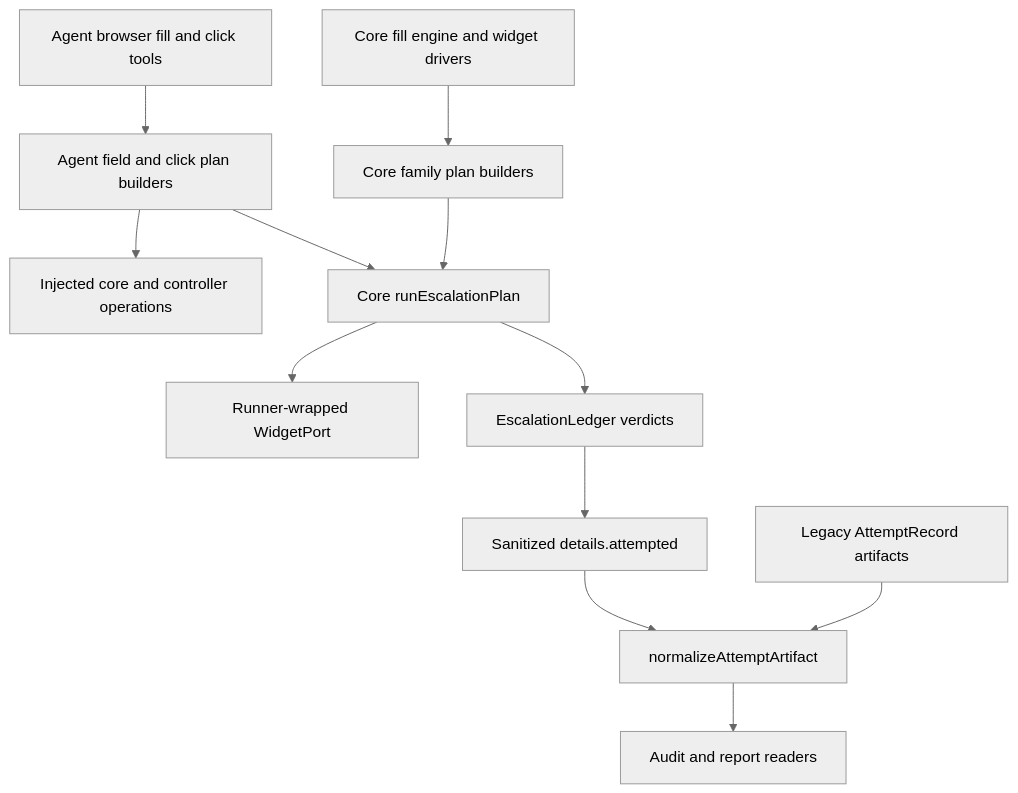
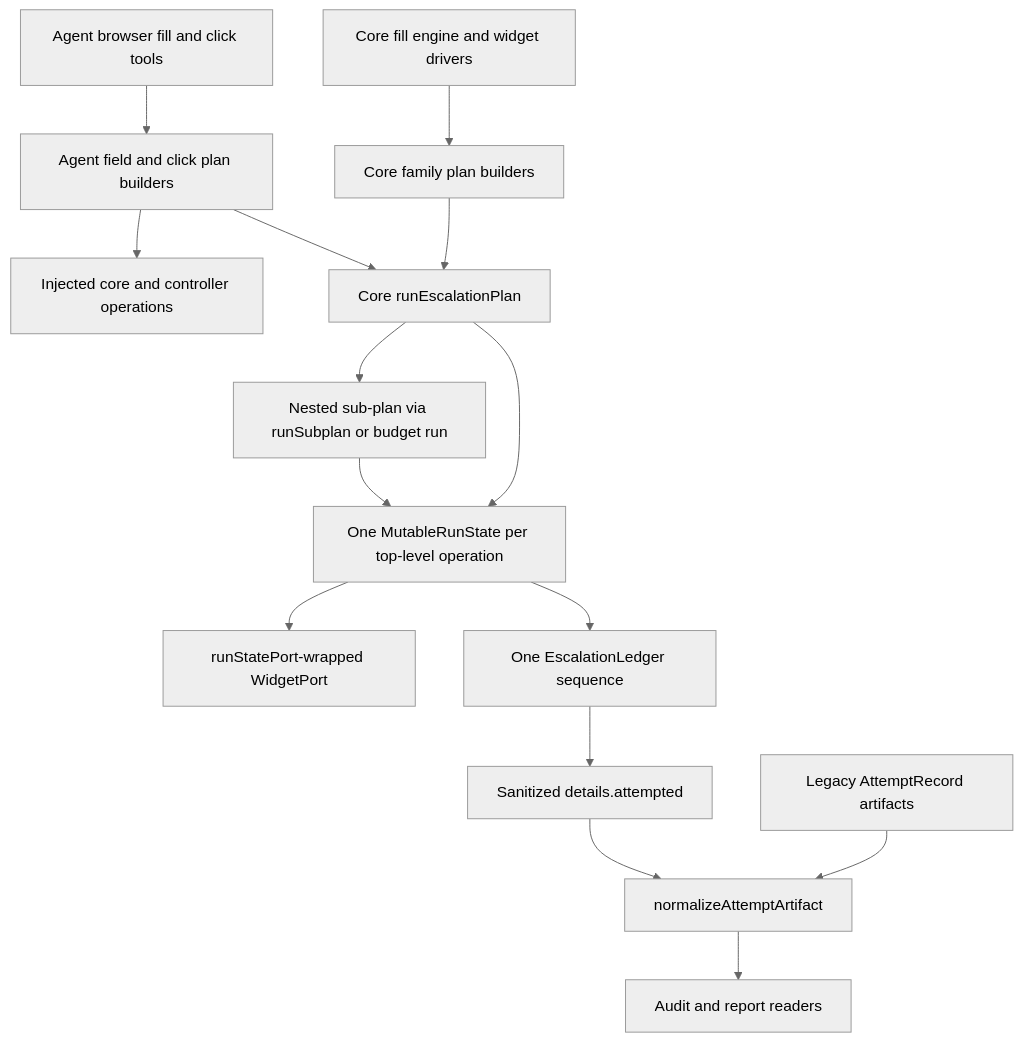
Before and after one commit to abranjith/yantra: the fifth of 12 diagrams in docs/architecture.md, drawn with Mermaid (neutral theme). The commit also changed other lines of this file and 64 other files, not shown here.

````diff
--- a/docs/architecture.md
+++ b/docs/architecture.md
@@ -290,14 +359,17 @@
 ```mermaid
 flowchart TD
   FillEngine[Core fill engine and widget drivers] --> CorePlans[Core family plan builders]
   AgentTools[Agent browser fill and click tools] --> AgentPlans[Agent field and click plan builders]
   AgentPlans --> CoreOps[Injected core and controller operations]
   CorePlans --> Runner[Core runEscalationPlan]
   AgentPlans --> Runner
-  Runner --> Port[Runner-wrapped WidgetPort]
-  Runner --> Verdicts[EscalationLedger verdicts]
+  Runner --> RunState[One MutableRunState per top-level operation]
+  Runner --> Subplan[Nested sub-plan via runSubplan or budget run]
+  Subplan --> RunState
+  RunState --> Port[runStatePort-wrapped WidgetPort]
+  RunState --> Verdicts[One EscalationLedger sequence]
   Verdicts --> Wire[Sanitized details.attempted]
   Legacy[Legacy AttemptRecord artifacts] --> Normalize[normalizeAttemptArtifact]
   Wire --> Normalize
   Normalize --> Reports[Audit and report readers]
 ```
````
